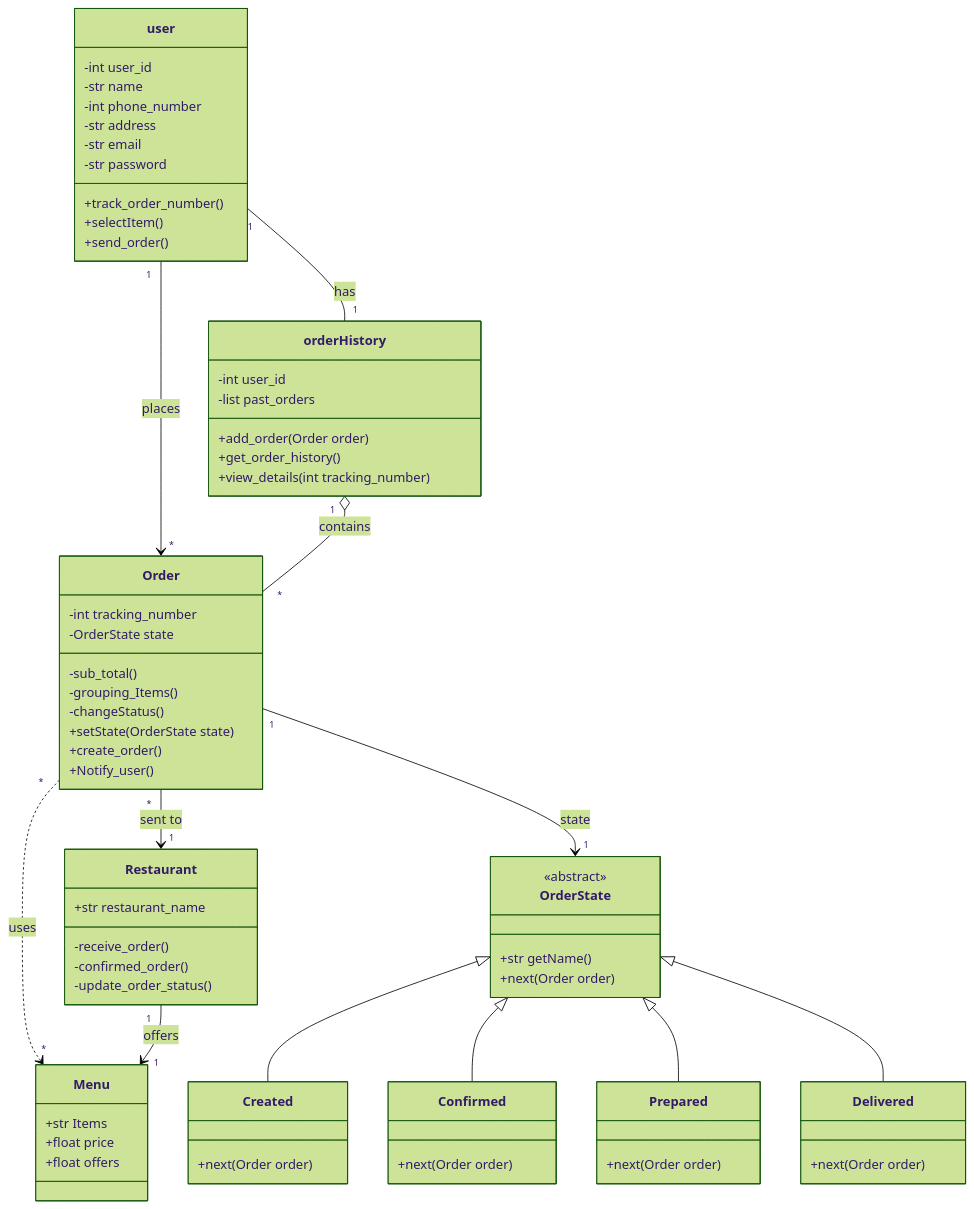
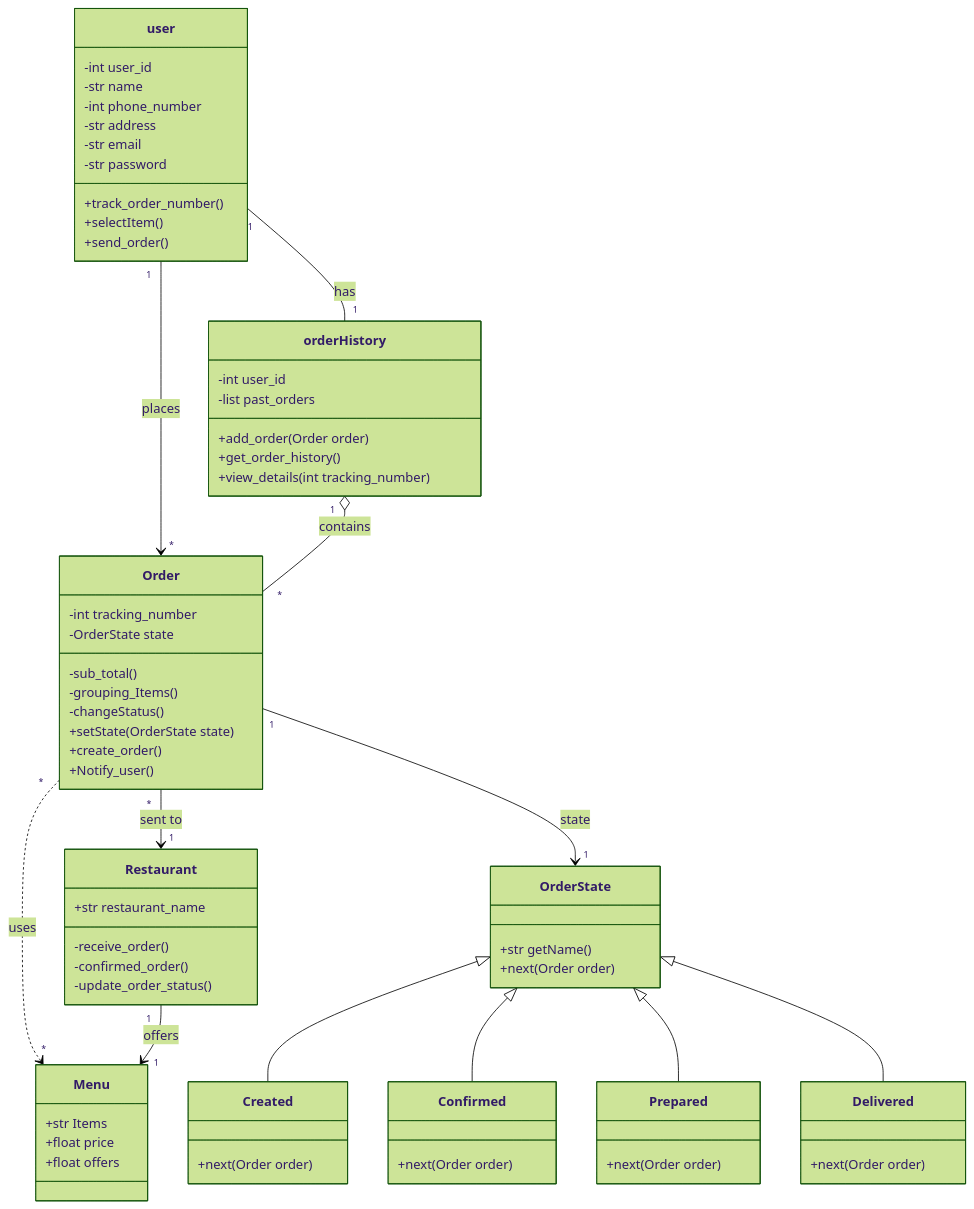
One commit to Tmadeer/Architecture_Plan_For_FoodDeliveryPlatform changed the diagram in taktakah/newclassdiagram.mmd. Above: the diagram before and after it, drawn with Mermaid (forest theme).

Commit message:
trying out

```diff
--- a/taktakah/newclassdiagram.mmd
+++ b/taktakah/newclassdiagram.mmd
@@ -1,80 +1,79 @@
 classDiagram
 direction TB
 
     class user {
         -int user_id
         -str name
         -int phone_number
         -str address
         -str email
         -str password
         +track_order_number()
         +selectItem()
         +send_order()
     }
 
     class Menu {
         +str Items
         +float price
         +float offers
     }
 
     class Restaurant {
         +str restaurant_name
         -receive_order()
         -confirmed_order()
         -update_order_status()
     }
 
     class Order {
         -int tracking_number
         -OrderState state
         -sub_total()
         -grouping_Items()
         -changeStatus()
         +setState(OrderState state)
         +create_order()
         +Notify_user()
     }
 
     class orderHistory {
         -int user_id
         -list past_orders
         +add_order(Order order)
         +get_order_history()
         +view_details(int tracking_number)
     }
 
     class OrderState {
-        <<abstract>>
         +str getName() 
         +next(Order order)
     }
 
     class Created {
         +next(Order order)
     }
 
     class Confirmed {
         +next(Order order)
     }
 
     class Prepared {
         +next(Order order)
     }
 
     class Delivered {
         +next(Order order)
     }
 
     user "1" --> "*" Order : places
     user "1" -- "1" orderHistory : has
     orderHistory "1" o-- "*" Order : contains
     Order "*" --> "1" Restaurant : sent to
     Order "*" ..> "*" Menu : uses
     Restaurant "1" --> "1" Menu : offers
     Order "1" --> "1" OrderState : state
     OrderState <|-- Created
     OrderState <|-- Confirmed
     OrderState <|-- Prepared
     OrderState <|-- Delivered
```
